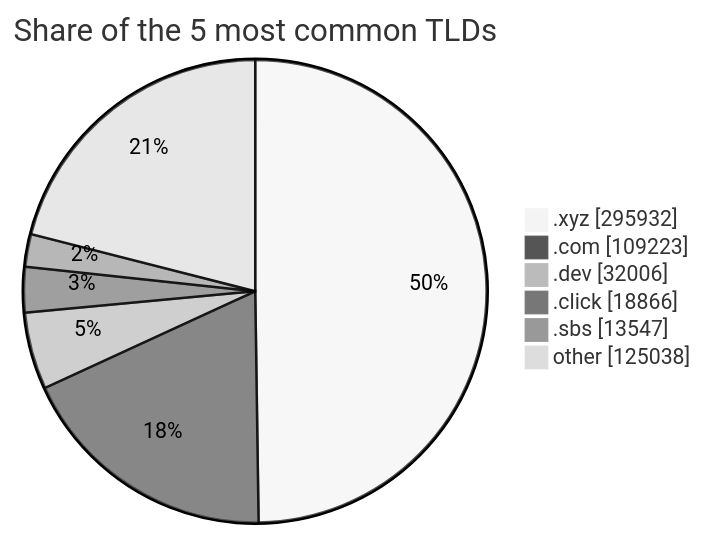
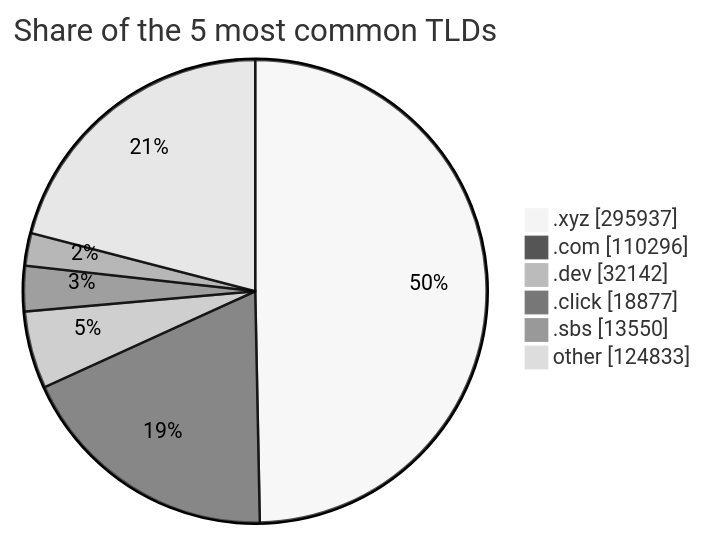
The third of 3 diagrams in README.md (DNSBunker/CTI), drawn with Mermaid (neutral theme) before and after one commit. The commit also changed other lines of this file and 3 other files, not shown here.

````diff
--- a/README.md
+++ b/README.md
@@ -81,9 +81,9 @@
 ```mermaid
 pie showData title Share of the 5 most common TLDs
-    ".xyz" : 295932
-    ".com" : 109223
-    ".dev" : 32006
-    ".click" : 18866
-    ".sbs" : 13547
-    "other" : 125038
+    ".xyz" : 295937
+    ".com" : 110296
+    ".dev" : 32142
+    ".click" : 18877
+    ".sbs" : 13550
+    "other" : 124833
 ```
````
